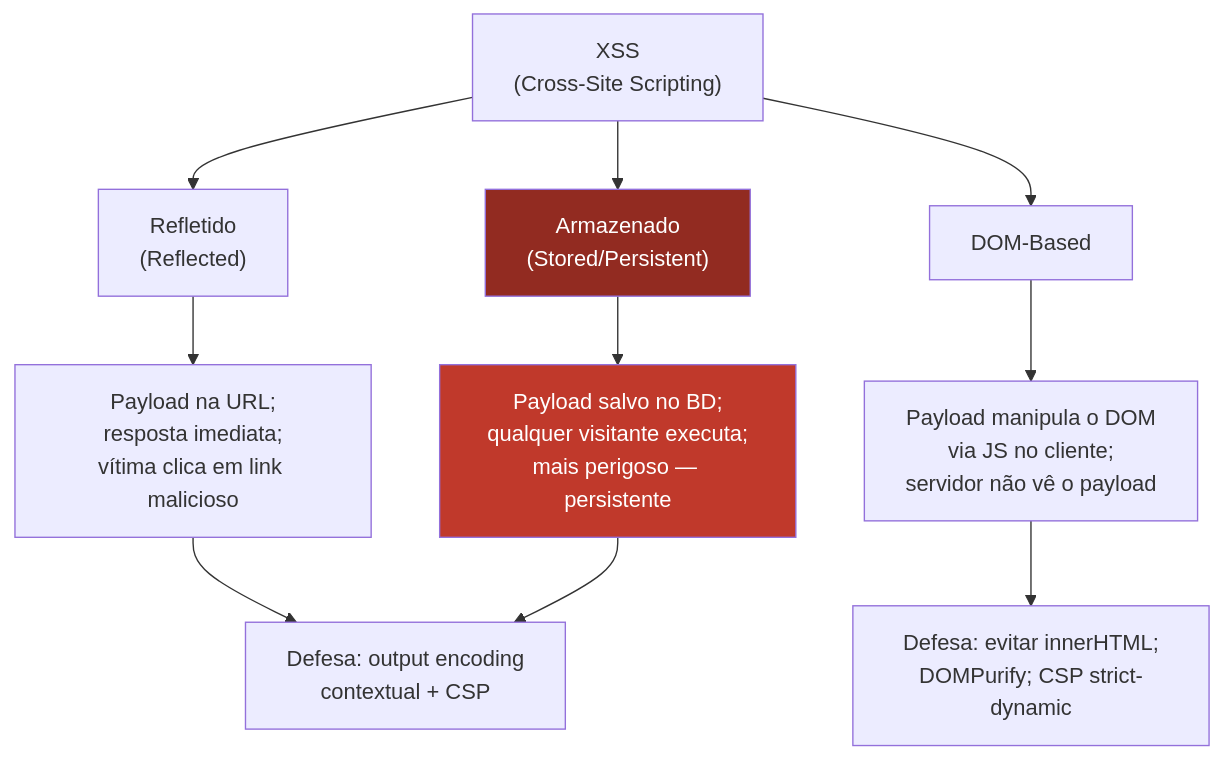
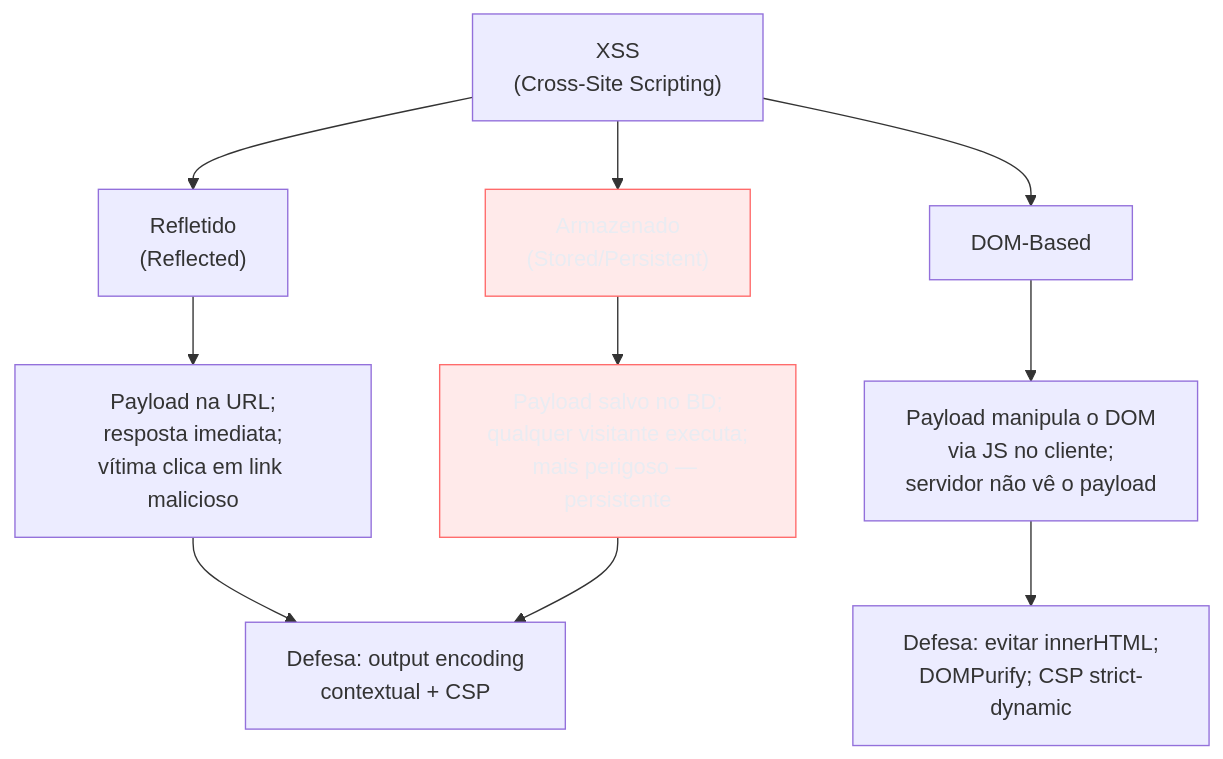
Before and after one commit to josenaldo/codex-technomanticus: the second of 6 diagrams in 03-Dominios/Engenharia/Segurança/16 - Classes de vulnerabilidade.md, drawn with Mermaid. The commit also changed other lines of this file and 1181 other files, not shown here.

First line of the commit message:
fix(diagramas): paleta do sistema no lugar de cor cravada no markdown

````diff
--- a/03-Dominios/Engenharia/Segurança/16 - Classes de vulnerabilidade.md
+++ b/03-Dominios/Engenharia/Segurança/16 - Classes de vulnerabilidade.md
@@ -102,18 +104,19 @@
 ```mermaid
 flowchart TD
+    classDef falha fill:#FF6B6B24,stroke:#FF6B6B,color:#E9ECF2
     XSS["XSS\n(Cross-Site Scripting)"]
     XSS --> R["Refletido\n(Reflected)"]
     XSS --> A["Armazenado\n(Stored/Persistent)"]
     XSS --> D["DOM-Based"]
 
     R --> R1["Payload na URL;\nresposta imediata;\nvítima clica em link malicioso"]
     A --> A1["Payload salvo no BD;\nqualquer visitante executa;\nmais perigoso — persistente"]
     D --> D1["Payload manipula o DOM\nvia JS no cliente;\nservidor não vê o payload"]
 
     R1 --> DEF["Defesa: output encoding\ncontextual + CSP"]
     A1 --> DEF
     D1 --> DEF2["Defesa: evitar innerHTML;\nDOMPurify; CSP strict-dynamic"]
 
-    style A fill:#922b21,color:#fff
-    style A1 fill:#c0392b,color:#fff
+    class A falha
+    class A1 falha
 ```
````
